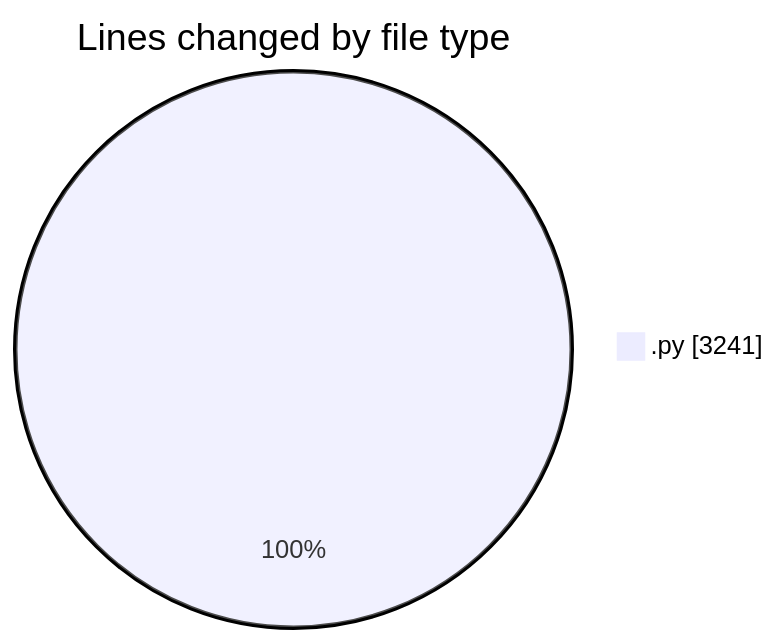
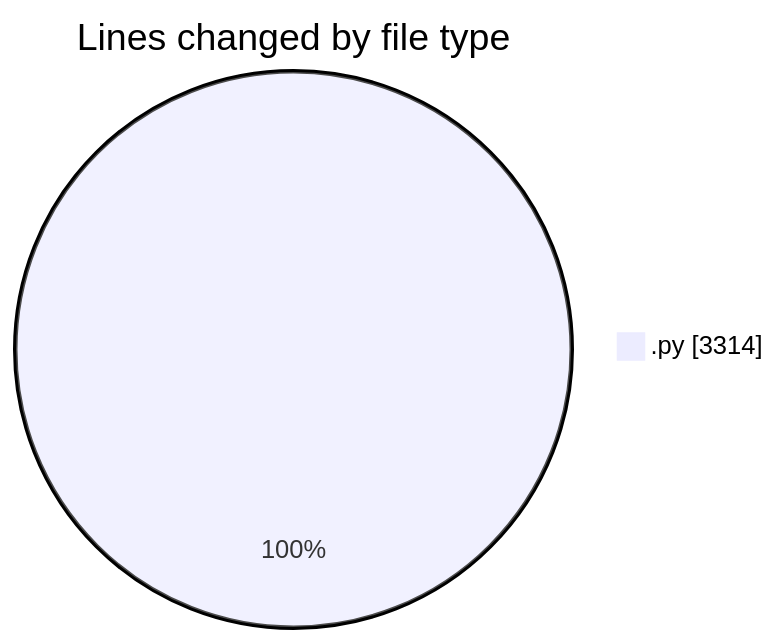
The first of 2 diagrams in 2025-05-08/myws__workspace_/README.md (MatusMokan/code-tracking), drawn with Mermaid before and after one commit. The commit also changed other lines of this file and 1 other file, not shown here.

````diff
--- a/2025-05-08/myws__workspace_/README.md
+++ b/2025-05-08/myws__workspace_/README.md
@@ -23,5 +23,5 @@
 ```mermaid
 pie showData
 title Lines changed by file type
-".py" : 3241
+".py" : 3314
 ```
````
